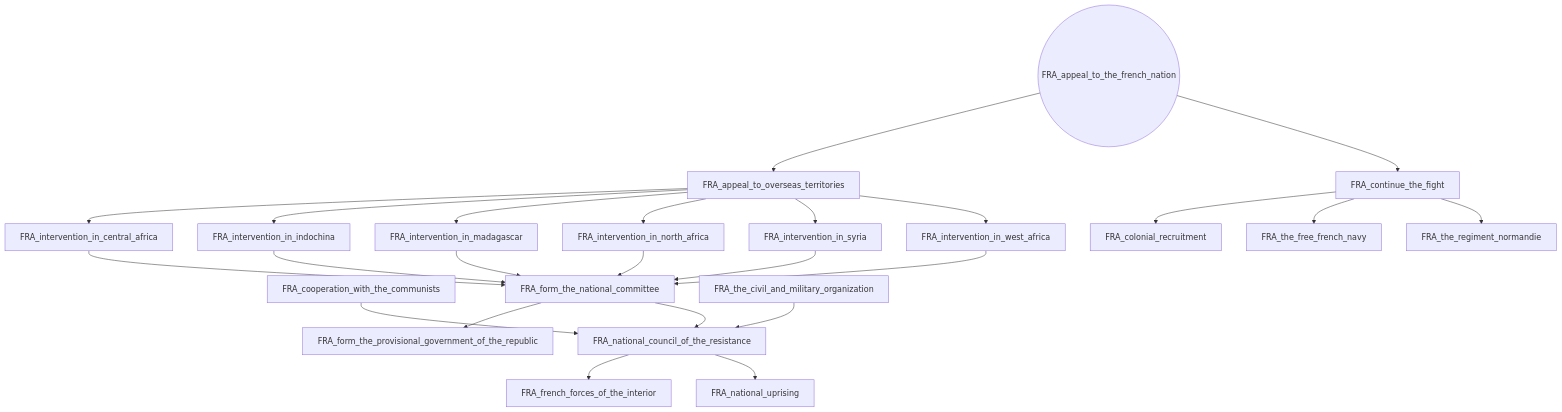
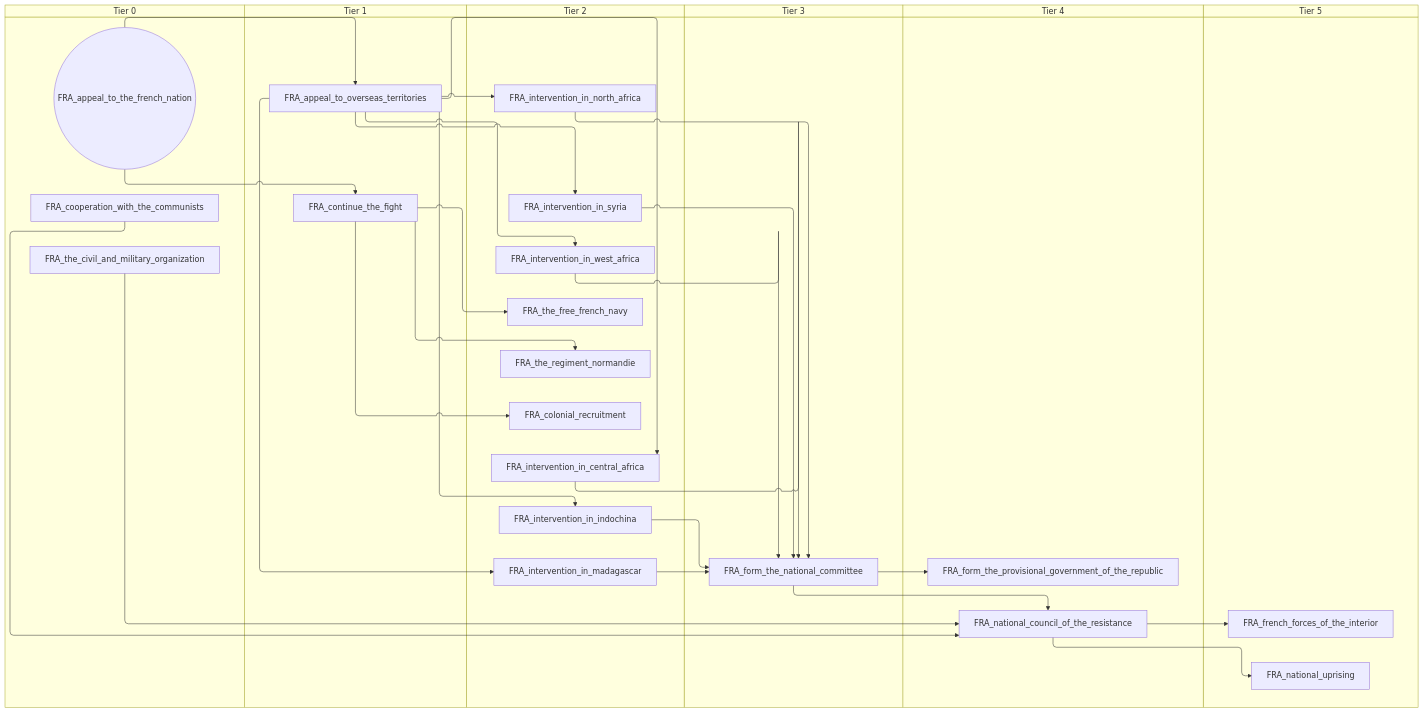
Before and after one commit to evgeny-sobol/hoi4-sandbox-mode: the first of 2 diagrams in docs/gdd/National Focuses/free_france.md, drawn with Mermaid. The commit also changed other lines of this file and 80 other files, not shown here.

First line of the commit message:
Add swimlane mode to focus graph exporter

````diff
--- a/docs/gdd/National Focuses/free_france.md
+++ b/docs/gdd/National Focuses/free_france.md
@@ -3,45 +3,57 @@
 ```mermaid
-flowchart TD
-    n1["FRA_appeal_to_overseas_territories"]
-    n2(("FRA_appeal_to_the_french_nation"))
-    n3["FRA_colonial_recruitment"]
-    n4["FRA_continue_the_fight"]
-    n5["FRA_cooperation_with_the_communists"]
-    n6["FRA_form_the_national_committee"]
-    n7["FRA_form_the_provisional_government_of_the_republic"]
-    n8["FRA_french_forces_of_the_interior"]
-    n9["FRA_intervention_in_central_africa"]
-    n10["FRA_intervention_in_indochina"]
-    n11["FRA_intervention_in_madagascar"]
-    n12["FRA_intervention_in_north_africa"]
-    n13["FRA_intervention_in_syria"]
-    n14["FRA_intervention_in_west_africa"]
-    n15["FRA_national_council_of_the_resistance"]
-    n16["FRA_national_uprising"]
-    n17["FRA_the_civil_and_military_organization"]
-    n18["FRA_the_free_french_navy"]
-    n19["FRA_the_regiment_normandie"]
-    n2 --> n1
-    n4 --> n3
-    n2 --> n4
-    n11 --> n6
-    n13 --> n6
-    n10 --> n6
-    n12 --> n6
-    n14 --> n6
-    n9 --> n6
-    n6 --> n7
-    n15 --> n8
-    n1 --> n9
-    n1 --> n10
-    n1 --> n11
-    n1 --> n12
-    n1 --> n13
-    n1 --> n14
-    n17 --> n15
-    n5 --> n15
-    n6 --> n15
+swimlane-beta TD
+    subgraph tier_0["Tier 0"]
+        n1(("FRA_appeal_to_the_french_nation"))
+        n2["FRA_cooperation_with_the_communists"]
+        n3["FRA_the_civil_and_military_organization"]
+    end
+    subgraph tier_1["Tier 1"]
+        n4["FRA_appeal_to_overseas_territories"]
+        n5["FRA_continue_the_fight"]
+    end
+    subgraph tier_2["Tier 2"]
+        n6["FRA_colonial_recruitment"]
+        n7["FRA_intervention_in_central_africa"]
+        n8["FRA_intervention_in_indochina"]
+        n9["FRA_intervention_in_madagascar"]
+        n10["FRA_intervention_in_north_africa"]
+        n11["FRA_intervention_in_syria"]
+        n12["FRA_intervention_in_west_africa"]
+        n13["FRA_the_free_french_navy"]
+        n14["FRA_the_regiment_normandie"]
+    end
+    subgraph tier_3["Tier 3"]
+        n15["FRA_form_the_national_committee"]
+    end
+    subgraph tier_4["Tier 4"]
+        n16["FRA_form_the_provisional_government_of_the_republic"]
+        n17["FRA_national_council_of_the_resistance"]
+    end
+    subgraph tier_5["Tier 5"]
+        n18["FRA_french_forces_of_the_interior"]
+        n19["FRA_national_uprising"]
+    end
+    n1 --> n4
+    n5 --> n6
+    n1 --> n5
+    n9 --> n15
+    n11 --> n15
+    n8 --> n15
+    n10 --> n15
+    n12 --> n15
+    n7 --> n15
     n15 --> n16
-    n4 --> n18
-    n4 --> n19
+    n17 --> n18
+    n4 --> n7
+    n4 --> n8
+    n4 --> n9
+    n4 --> n10
+    n4 --> n11
+    n4 --> n12
+    n3 --> n17
+    n2 --> n17
+    n15 --> n17
+    n17 --> n19
+    n5 --> n13
+    n5 --> n14
 ```
````
